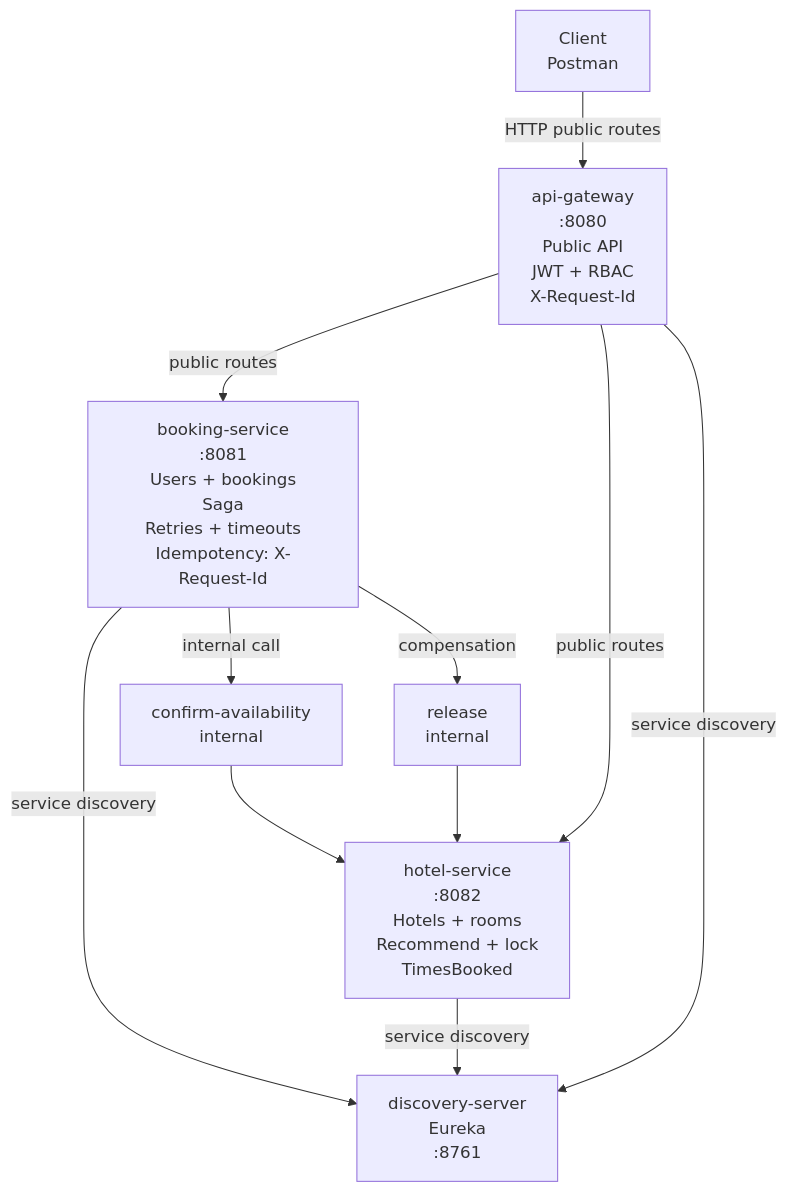
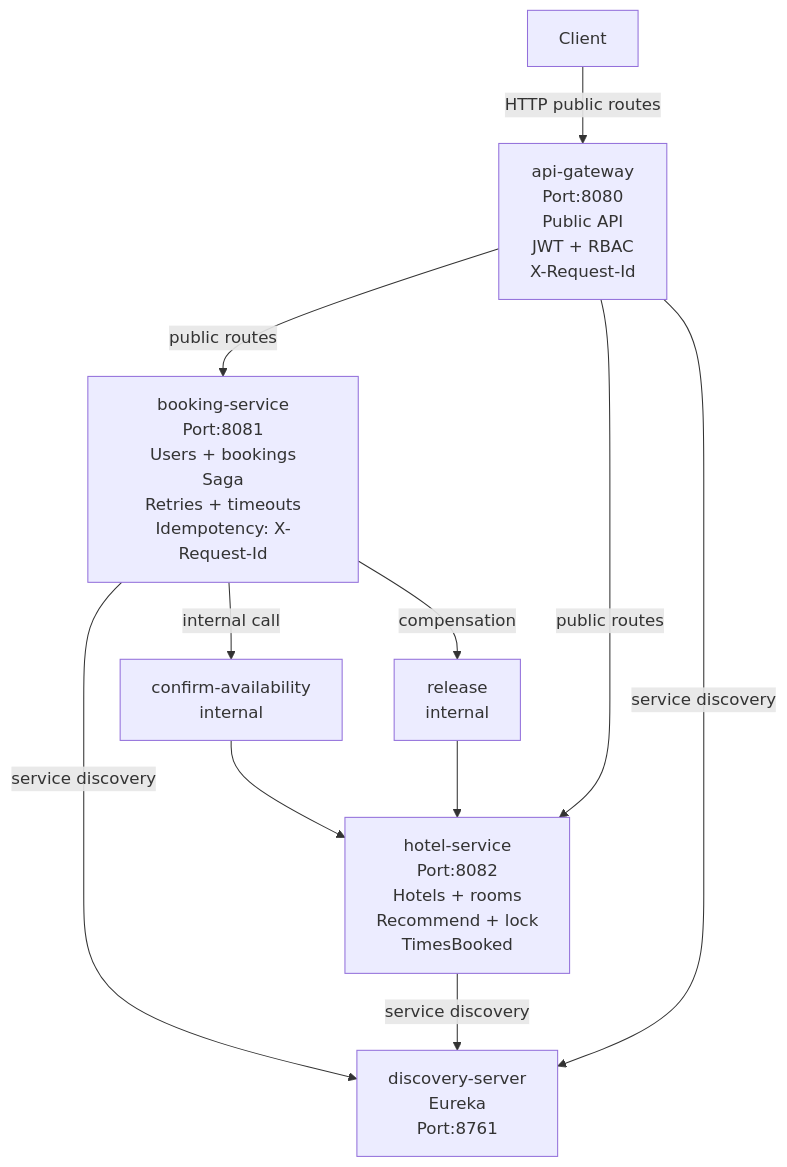
One commit to amasovich/hotel-booking-system changed the first of 2 diagrams in README.md. Above: the diagram before and after it, drawn with Mermaid. The commit also changed other lines of this file, not shown here.

````diff
--- a/README.md
+++ b/README.md
@@ -40,26 +40,26 @@
 ```mermaid
 flowchart TB
   %% --- Nodes ---
-  Client["Client<br/>Postman"] 
-  E["discovery-server<br/>Eureka<br/>:8761"]
-  G["api-gateway<br/>:8080<br/>Public API<br/>JWT + RBAC<br/>X-Request-Id"]
-  B["booking-service<br/>:8081<br/>Users + bookings<br/>Saga<br/>Retries + timeouts<br/>Idempotency: X-Request-Id"]
-  H["hotel-service<br/>:8082<br/>Hotels + rooms<br/>Recommend + lock<br/>TimesBooked"]
+  Client["Client"] 
+  E["discovery-server<br/>Eureka<br/>Port:8761"]
+  G["api-gateway<br/>Port:8080<br/>Public API<br/>JWT + RBAC<br/>X-Request-Id"]
+  B["booking-service<br/>Port:8081<br/>Users + bookings<br/>Saga<br/>Retries + timeouts<br/>Idempotency: X-Request-Id"]
+  H["hotel-service<br/>Port:8082<br/>Hotels + rooms<br/>Recommend + lock<br/>TimesBooked"]
 
   C["confirm-availability<br/>internal"]
   R["release<br/>internal"]
 
   %% --- Public flow ---
   Client -->|HTTP public routes| G
   G -->|public routes| B
   G -->|public routes| H
 
   %% --- Service discovery ---
   G -->|service discovery| E
   B -->|service discovery| E
   H -->|service discovery| E
 
   %% --- Saga internal calls ---
   B -->|internal call| C --> H
   B -->|compensation| R --> H
 ```
````
